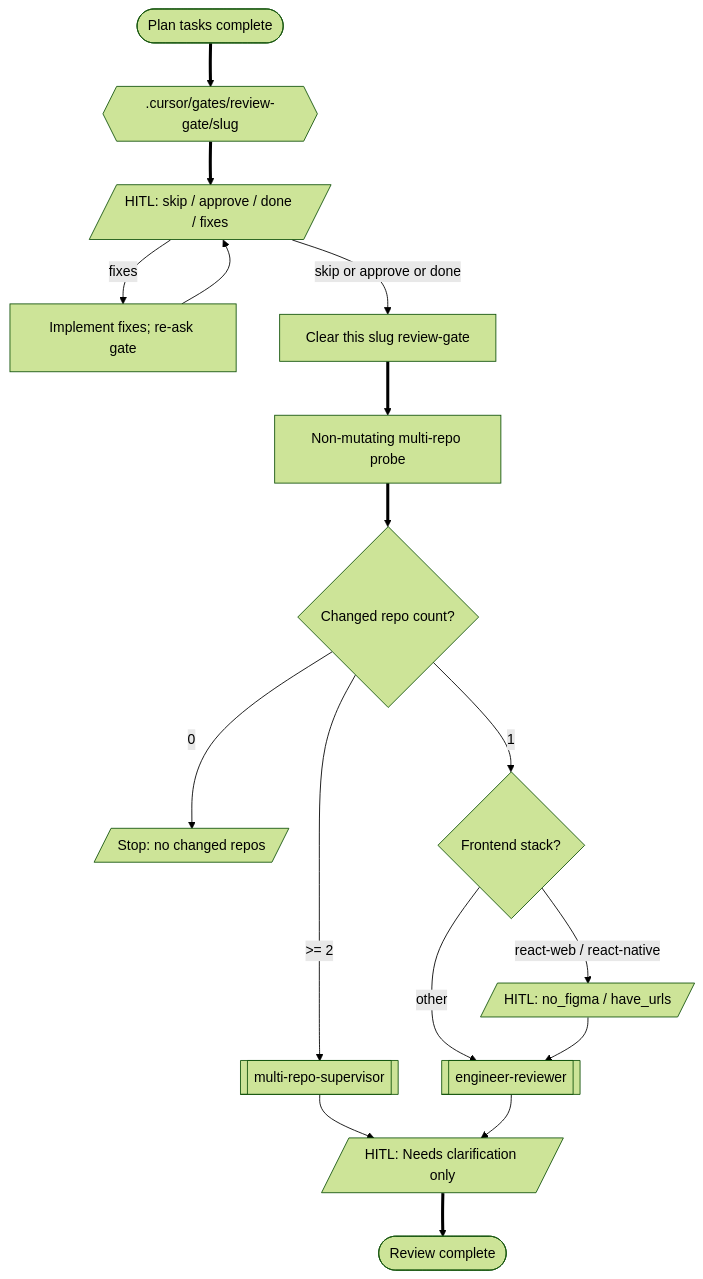
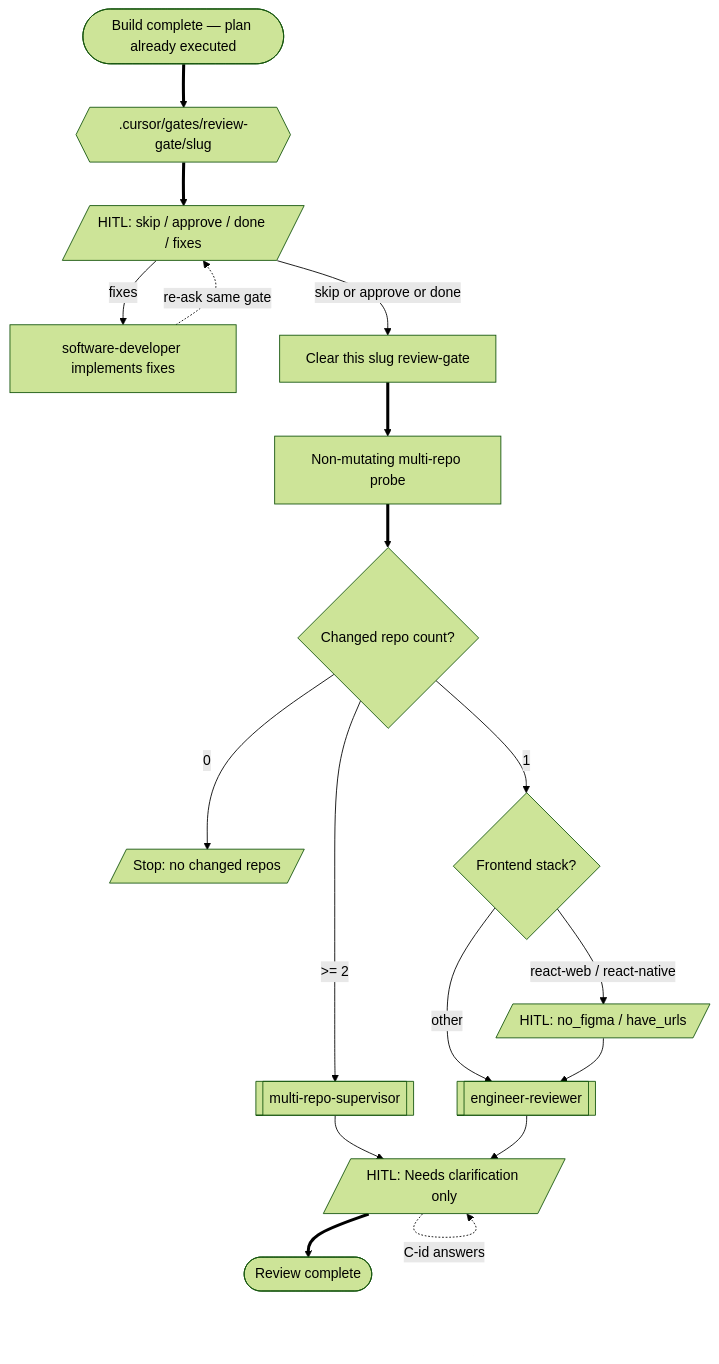
Before and after one commit to a-trembak/cursor-spells: the sixth of 13 diagrams in docs/superpowers/pipeline-flow.md, drawn with Mermaid (forest theme). The commit also changed other lines of this file and 5 other files, not shown here.

First line of the commit message:
docs(pipeline): name post-build HITL review-gate and show cycles

````diff
--- a/docs/superpowers/pipeline-flow.md
+++ b/docs/superpowers/pipeline-flow.md
@@ -222,34 +291,35 @@
 ```mermaid
 flowchart TD
-  planDone(["Plan tasks complete"])
+  planDone(["Build complete — plan already executed"])
   writeReview{{".cursor/gates/review-gate/slug"}}
   hitlFinish[/"HITL: skip / approve / done / fixes"/]
-  doFixes["Implement fixes; re-ask gate"]
+  doFixes["software-developer implements fixes"]
   delReview["Clear this slug review-gate"]
   probe["Non-mutating multi-repo probe"]
   repoCount{Changed repo count?}
   stopZero[/"Stop: no changed repos"/]
   multi[["multi-repo-supervisor"]]
   singleFrontend{Frontend stack?}
   figmaHitl[/"HITL: no_figma / have_urls"/]
   single[["engineer-reviewer"]]
   clarify[/"HITL: Needs clarification only"/]
   reviewed(["Review complete"])
 
   planDone ==> writeReview
   writeReview ==> hitlFinish
   hitlFinish -->|"fixes"| doFixes
-  doFixes --> hitlFinish
+  doFixes -.->|"re-ask same gate"| hitlFinish
   hitlFinish -->|"skip or approve or done"| delReview
   delReview ==> probe
   probe ==> repoCount
   repoCount -->|"0"| stopZero
   repoCount -->|">= 2"| multi
   repoCount -->|"1"| singleFrontend
   singleFrontend -->|"react-web / react-native"| figmaHitl
   singleFrontend -->|"other"| single
   figmaHitl --> single
   multi --> clarify
   single --> clarify
+  clarify -.->|"C-id answers"| clarify
   clarify ==> reviewed
 ```
````
